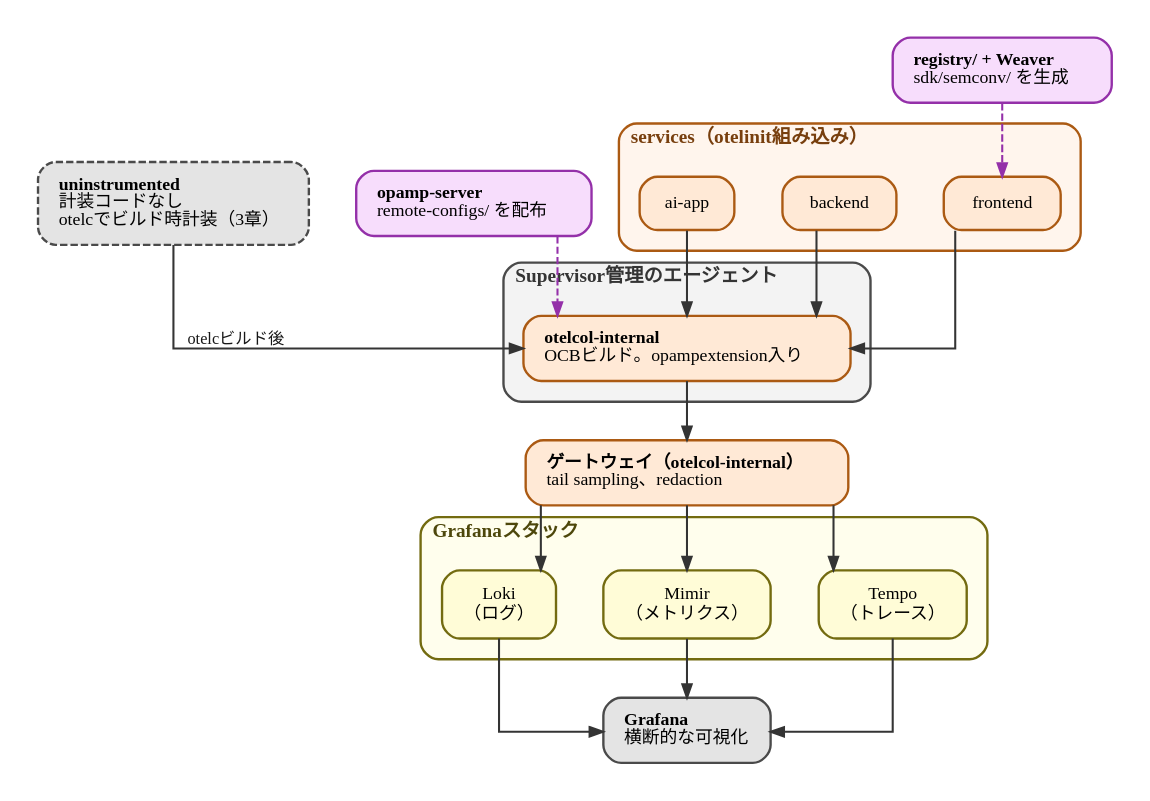
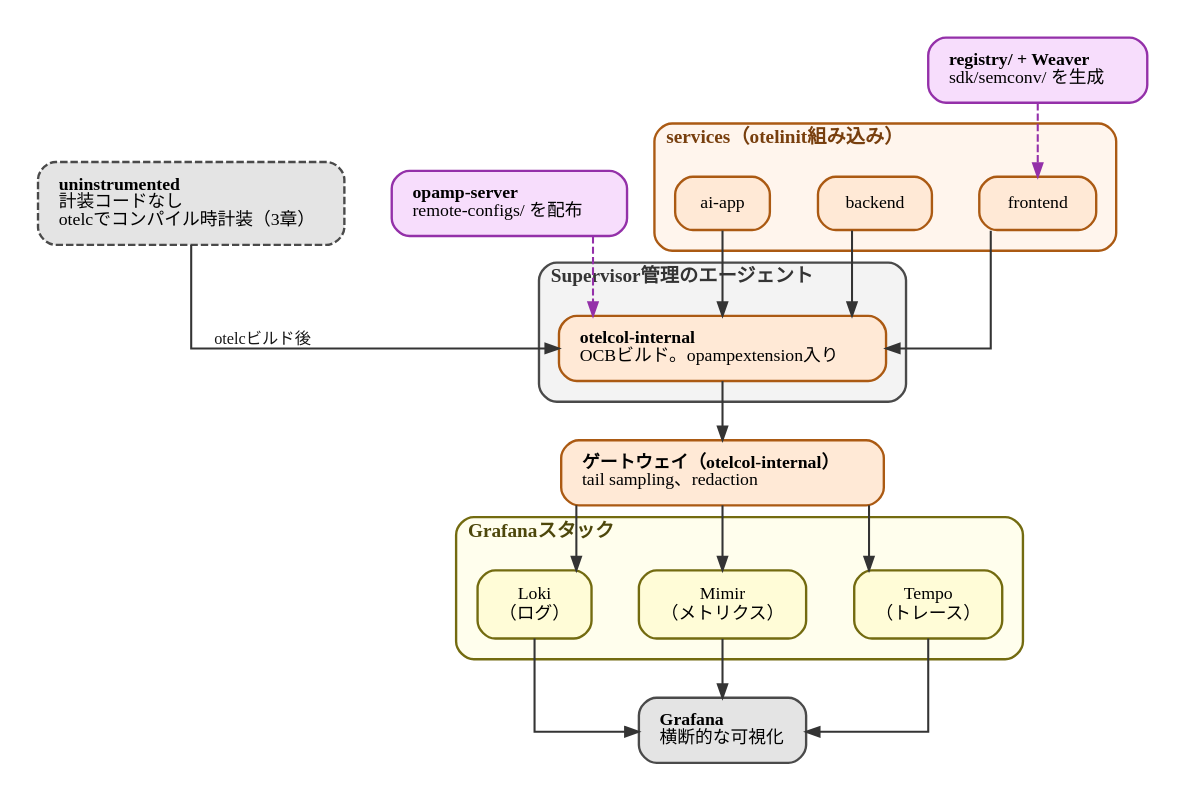
The diagram in diagrams/observability-platform-with-otel/20260926-blueprint-overview.dot (ymotongpoo/zenn.dev), drawn with Graphviz before and after one commit. The commit also changed 9 other files, not shown here.

```diff
--- a/diagrams/observability-platform-with-otel/20260926-blueprint-overview.dot
+++ b/diagrams/observability-platform-with-otel/20260926-blueprint-overview.dot
@@ -1,70 +1,70 @@
 // リファレンス実装 otel-platform-blueprint の全体構成
 digraph blueprint_overview {
   graph [
     fontname="IBM Plex Sans JP", fontsize=13,
     rankdir=TB, compound=true, splines=ortho,
     nodesep=0.45, ranksep=0.55, pad=0.25,
     bgcolor="white", newrank=true
   ];
   node [
     fontname="IBM Plex Sans JP", fontsize=12,
     shape=box, style="rounded,filled",
     fillcolor="#E4E4E4", color="#4A4A4A", penwidth=1.6,
     margin="0.2,0.14"
   ];
   edge [
     fontname="IBM Plex Sans JP", fontsize=11,
     color="#343434", penwidth=1.4, arrowsize=0.9,
     fontcolor="#171717"
   ];
 
   subgraph cluster_services {
     label=<<b>services（otelinit組み込み）</b>>;
     labeljust="l"; style="rounded"; penwidth=1.6;
     color="#AB5A13"; bgcolor="#FFF5ED"; fontcolor="#783F0E"; margin=14;
     frontend [label="frontend", fillcolor="#FFE9D6", color="#AB5A13"];
     backendsvc [label="backend", fillcolor="#FFE9D6", color="#AB5A13"];
     aiapp [label="ai-app", fillcolor="#FFE9D6", color="#AB5A13"];
   }
 
-  uninstr [label=<<b>uninstrumented</b><br align="left"/>計装コードなし<br align="left"/>otelcでビルド時計装（3章）<br align="left"/>>, style="rounded,filled,dashed", fillcolor="#E4E4E4", color="#4A4A4A"];
+  uninstr [label=<<b>uninstrumented</b><br align="left"/>計装コードなし<br align="left"/>otelcでコンパイル時計装（3章）<br align="left"/>>, style="rounded,filled,dashed", fillcolor="#E4E4E4", color="#4A4A4A"];
 
   subgraph cluster_agent {
     label=<<b>Supervisor管理のエージェント</b>>;
     labeljust="l"; style="rounded"; penwidth=1.6;
     color="#4A4A4A"; bgcolor="#F3F3F3"; fontcolor="#343434"; margin=14;
     agent [label=<<b>otelcol-internal</b><br align="left"/>OCBビルド。opampextension入り<br align="left"/>>, fillcolor="#FFE9D6", color="#AB5A13"];
   }
 
   opamp [label=<<b>opamp-server</b><br align="left"/>remote-configs/ を配布<br align="left"/>>, fillcolor="#F7DDFC", color="#9430A9"];
   gateway [label=<<b>ゲートウェイ（otelcol-internal）</b><br align="left"/>tail sampling、redaction<br align="left"/>>, fillcolor="#FFE9D6", color="#AB5A13"];
 
   subgraph cluster_backend {
     label=<<b>Grafanaスタック</b>>;
     labeljust="l"; style="rounded"; penwidth=1.6;
     color="#736B10"; bgcolor="#FFFEED"; fontcolor="#4D470B"; margin=14;
     tempo [label="Tempo\n（トレース）", fillcolor="#FFFCD7", color="#736B10"];
     mimir [label="Mimir\n（メトリクス）", fillcolor="#FFFCD7", color="#736B10"];
     loki [label="Loki\n（ログ）", fillcolor="#FFFCD7", color="#736B10"];
   }
 
   grafana [label=<<b>Grafana</b><br align="left"/>横断的な可視化<br align="left"/>>];
   weaverreg [label=<<b>registry/ + Weaver</b><br align="left"/>sdk/semconv/ を生成<br align="left"/>>, fillcolor="#F7DDFC", color="#9430A9"];
 
   frontend -> agent;
   backendsvc -> agent;
   aiapp -> agent;
   uninstr -> agent [xlabel=" otelcビルド後"];
   agent -> gateway;
   gateway -> tempo;
   gateway -> mimir;
   gateway -> loki;
   tempo -> grafana;
   mimir -> grafana;
   loki -> grafana;
 
   // 点線の意味（設定と生成物の配布先）はキャプションが述べている。
   // ラベルを置くとクラスタの枠線や矢印の線に乗る。
   opamp -> agent [style=dashed, color="#9430A9", fontcolor="#6A2278"];
   weaverreg -> frontend [style=dashed, color="#9430A9", fontcolor="#6A2278"];
 }
```
